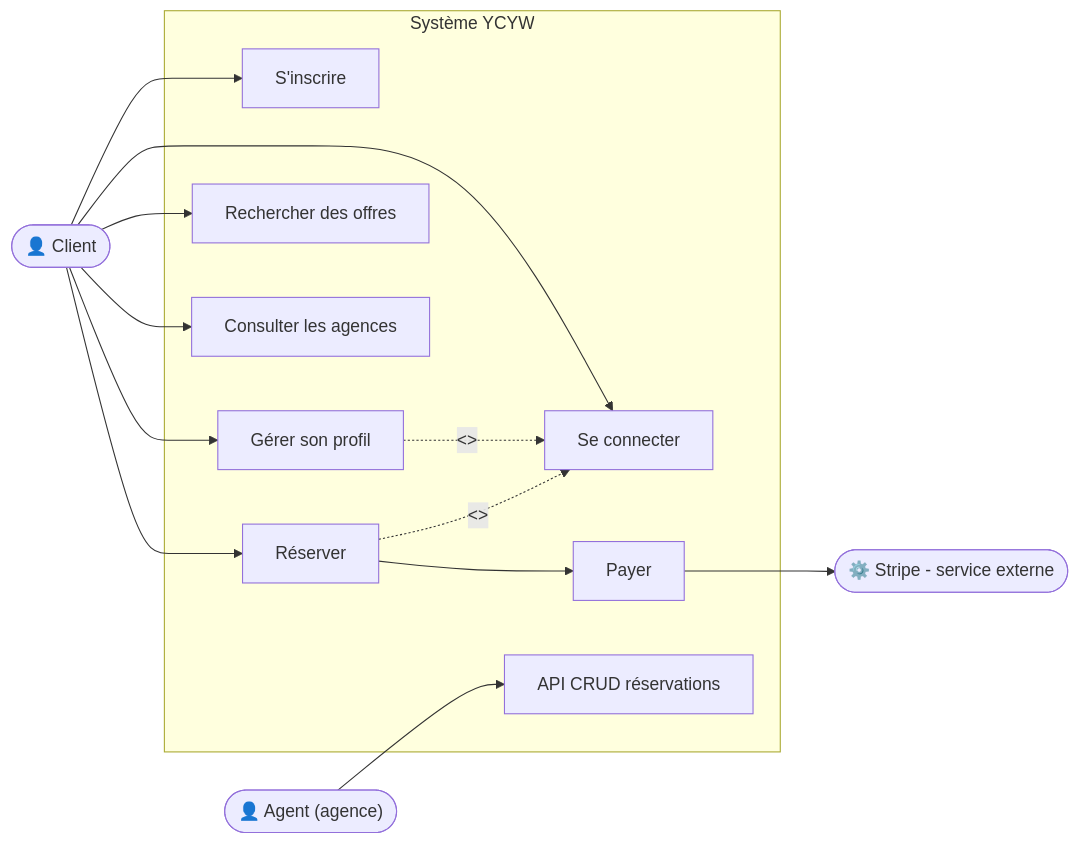
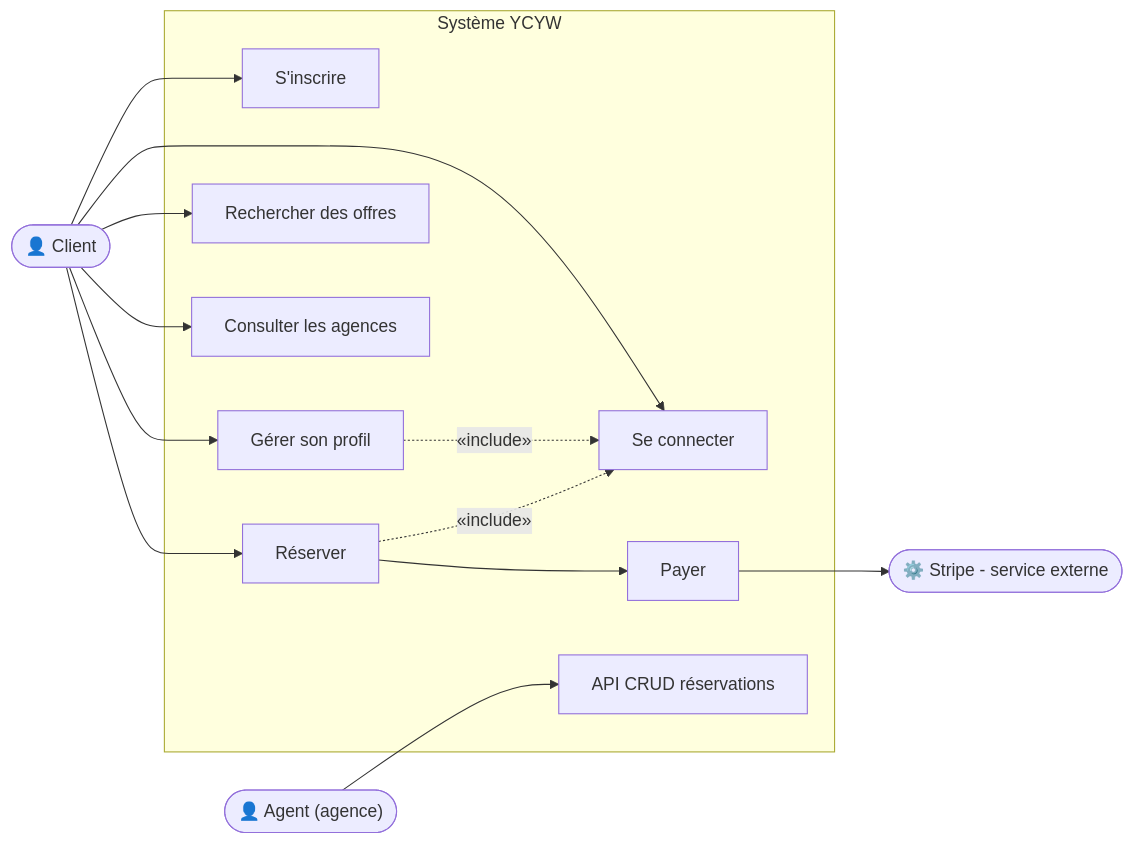
One commit to anthony-openclassroom/p10-yourcaryourway changed the second of 11 diagrams in docs/architecture.md. Above: the diagram before and after it, drawn with Mermaid. The commit also changed other lines of this file, not shown here.

First line of the commit message:
docs(architecture.md): update sequence and class diagrams to reflect changes in the data model and improve clarity

````diff
--- a/docs/architecture.md
+++ b/docs/architecture.md
@@ -169,30 +169,30 @@
 ```mermaid
 flowchart LR
     Client(["👤 Client"])
     Agent(["👤 Agent (agence)"])
     Stripe(["⚙️ Stripe - service externe"])
 
     subgraph YCYW ["Système YCYW"]
         UC0["S'inscrire"]
         UC1["Se connecter"]
         UC2["Gérer son profil"]
         UC3["Rechercher des offres"]
         UC4["Consulter les agences"]
         UC5["Réserver"]
         UC6["Payer"]
         UC7["API CRUD réservations"]
     end
 
     Client --> UC0
     Client --> UC1
     Client --> UC2
     Client --> UC3
     Client --> UC4
     Client --> UC5
     UC5 --> UC6
     UC6 --> Stripe
     Agent --> UC7
 
-    UC2 -.->|"<<include>>"| UC1
-    UC5 -.->|"<<include>>"| UC1
+    UC2 -.->|"«include»"| UC1
+    UC5 -.->|"«include»"| UC1
 ```
````
